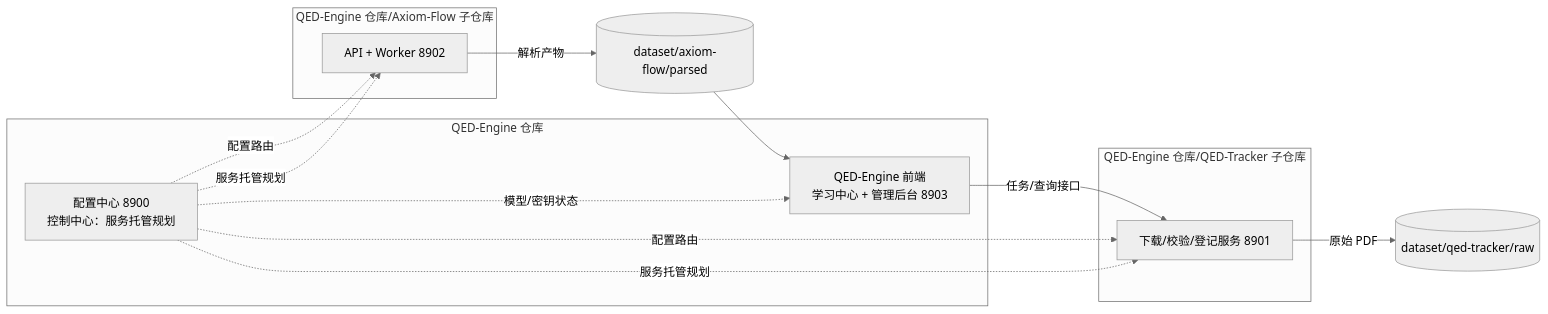
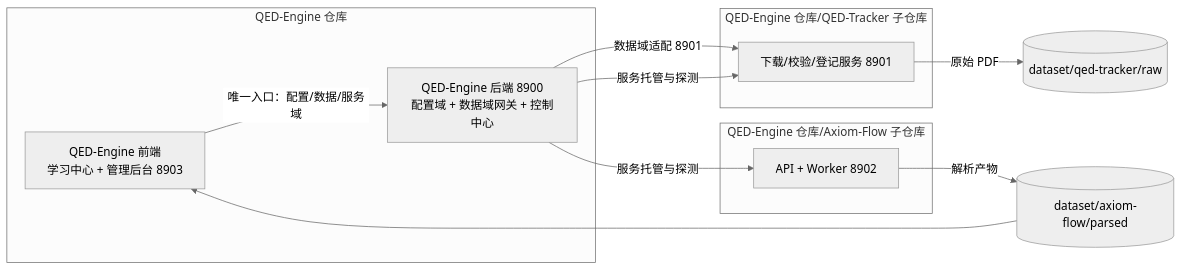
The diagram in docs/architecture/four-service-architecture.md (swfswf1234/QED-Engine), drawn with Mermaid (neutral theme) before and after one commit. The commit also changed other lines of this file and 10 other files, not shown here.

````diff
--- a/docs/architecture/four-service-architecture.md
+++ b/docs/architecture/four-service-architecture.md
@@ -14,23 +14,21 @@
 ```mermaid
 flowchart LR
     subgraph Root[QED-Engine 仓库]
         FE[QED-Engine 前端<br/>学习中心 + 管理后台 8903]
-        CC[配置中心 8900<br/>控制中心：服务托管规划]
+        CC[QED-Engine 后端 8900<br/>配置域 + 数据域网关 + 控制中心]
     end
     subgraph AF[QED-Engine 仓库/Axiom-Flow 子仓库]
         A[API + Worker 8902]
     end
     subgraph TR[QED-Engine 仓库/QED-Tracker 子仓库]
         T[下载/校验/登记服务 8901]
     end
 
-    FE -->|任务/查询接口| T
+    FE -->|唯一入口：配置/数据/服务域| CC
+    CC -->|数据域适配 8901| T
+    CC -->|服务托管与探测| T
+    CC -->|服务托管与探测| A
     T -->|原始 PDF| R[(dataset/qed-tracker/raw)]
     A -->|解析产物| P[(dataset/axiom-flow/parsed)]
     P --> FE
-    CC -.模型/密钥状态.-> FE
-    CC -.配置路由.-> A
-    CC -.配置路由.-> T
-    CC -.服务托管规划.-> A
-    CC -.服务托管规划.-> T
 ```
````
